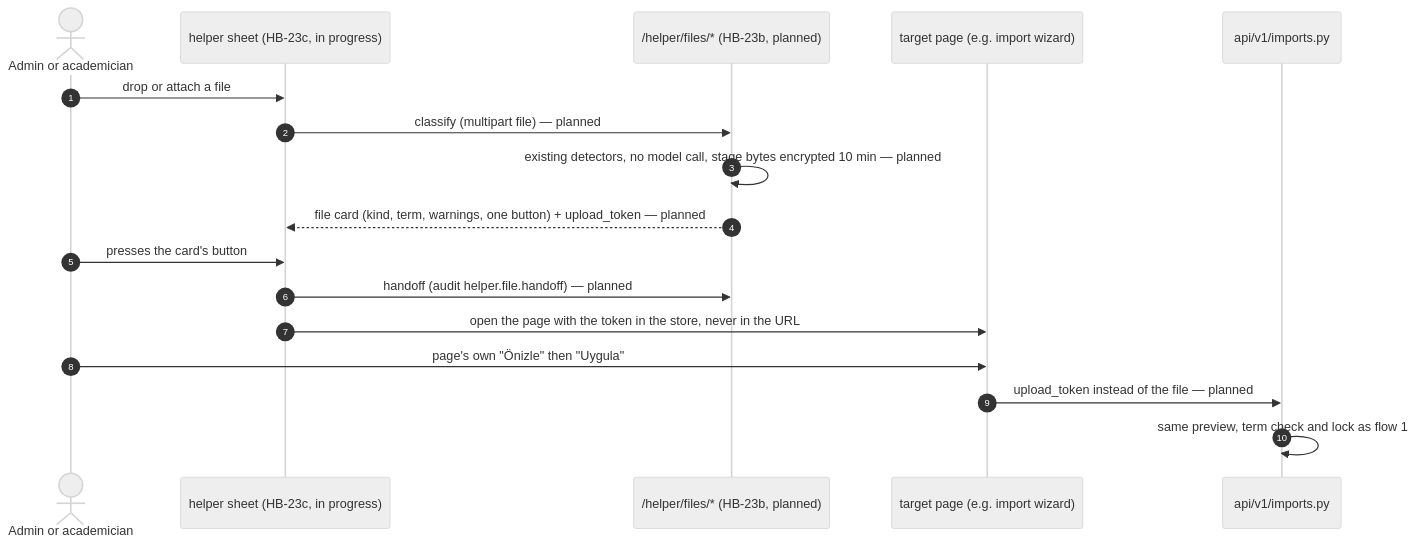
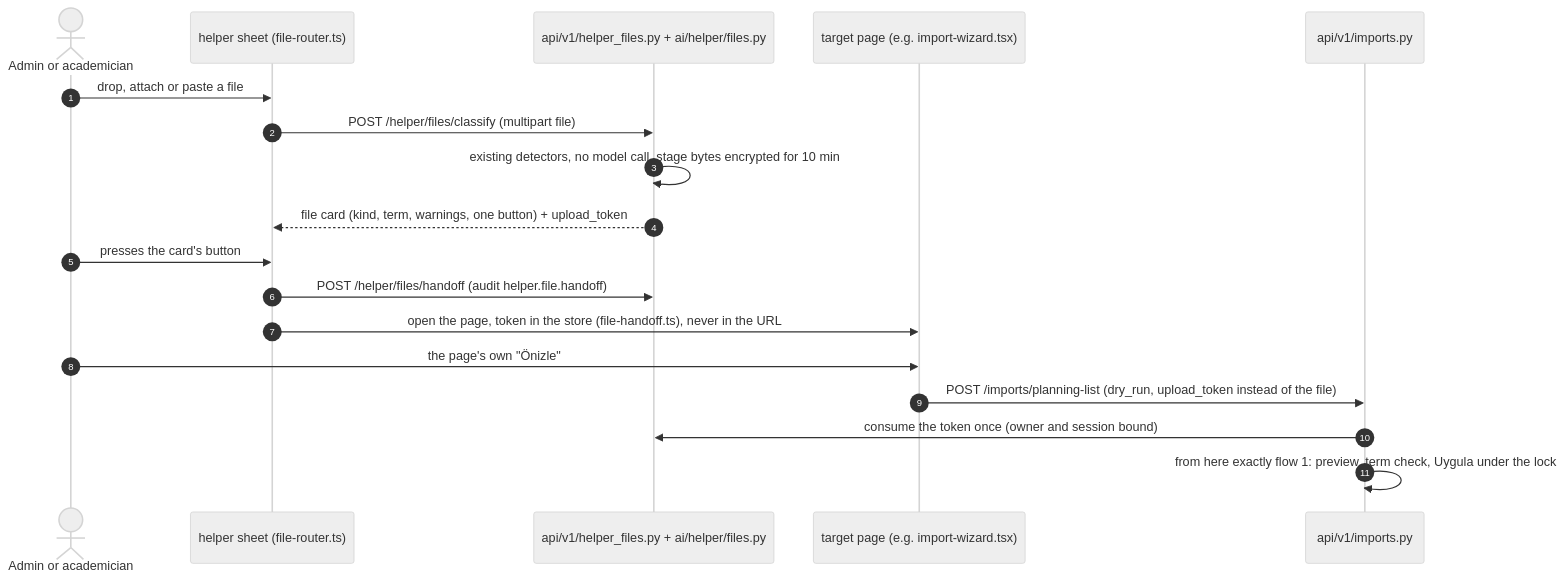
One commit to ArioMoniri/classroombookings changed the fifth of 6 diagrams in docs/architecture/flows.md. Above: the diagram before and after it, drawn with Mermaid (neutral theme). The commit also changed other lines of this file and 18 other files, not shown here.

First line of the commit message:
docs(architecture): C4, backend facade, 5 flows, ER, deployment and state diagrams in Mermaid, checked against the code by a test

````diff
--- a/docs/architecture/flows.md
+++ b/docs/architecture/flows.md
@@ -203,20 +203,21 @@
 ```mermaid
 sequenceDiagram
   autonumber
   actor U as Admin or academician
-  participant H as helper sheet (HB-23c, in progress)
-  participant F as /helper/files/* (HB-23b, planned)
-  participant PG as target page (e.g. import wizard)
+  participant H as helper sheet (file-router.ts)
+  participant F as api/v1/helper_files.py + ai/helper/files.py
+  participant PG as target page (e.g. import-wizard.tsx)
   participant R as api/v1/imports.py
 
-  U->>H: drop or attach a file
-  H->>F: classify (multipart file) — planned
-  F->>F: existing detectors, no model call, stage bytes encrypted 10 min — planned
-  F-->>H: file card (kind, term, warnings, one button) + upload_token — planned
+  U->>H: drop, attach or paste a file
+  H->>F: POST /helper/files/classify (multipart file)
+  F->>F: existing detectors, no model call, stage bytes encrypted for 10 min
+  F-->>H: file card (kind, term, warnings, one button) + upload_token
   U->>H: presses the card's button
-  H->>F: handoff (audit helper.file.handoff) — planned
-  H->>PG: open the page with the token in the store, never in the URL
-  U->>PG: page's own "Önizle" then "Uygula"
-  PG->>R: upload_token instead of the file — planned
-  R->>R: same preview, term check and lock as flow 1
+  H->>F: POST /helper/files/handoff (audit helper.file.handoff)
+  H->>PG: open the page, token in the store (file-handoff.ts), never in the URL
+  U->>PG: the page's own "Önizle"
+  PG->>R: POST /imports/planning-list (dry_run, upload_token instead of the file)
+  R->>F: consume the token once (owner and session bound)
+  R->>R: from here exactly flow 1: preview, term check, Uygula under the lock
 ```
````
